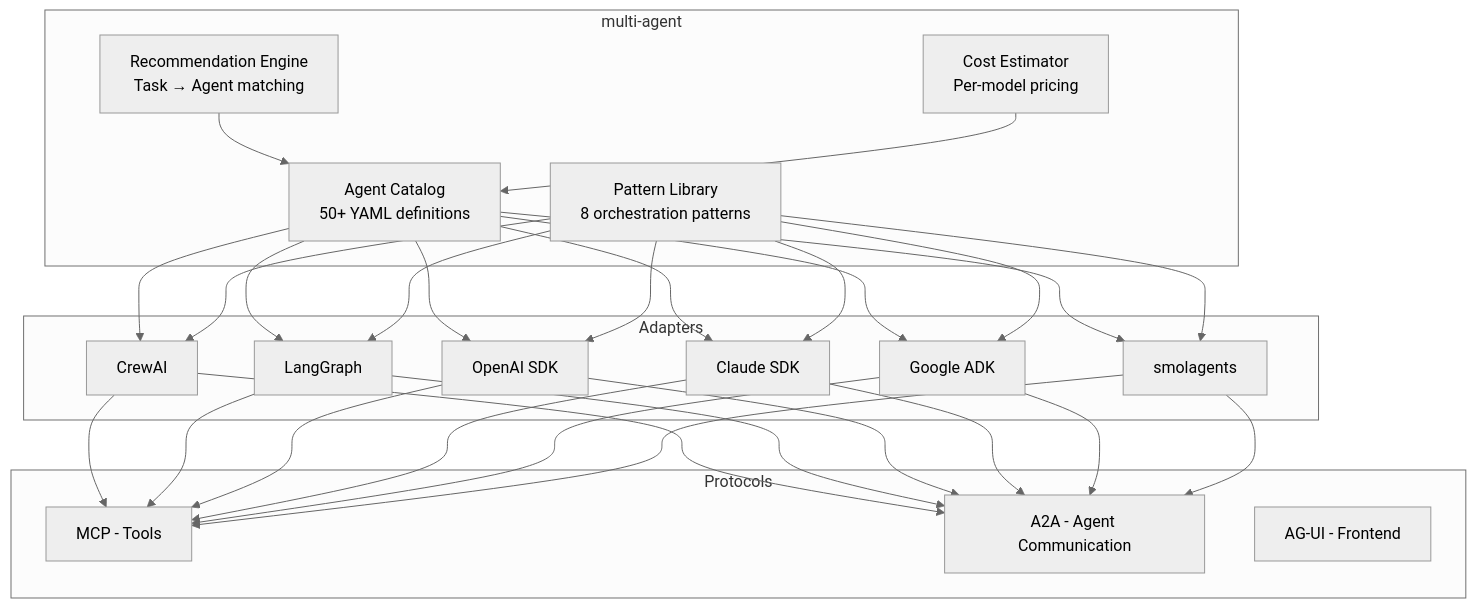
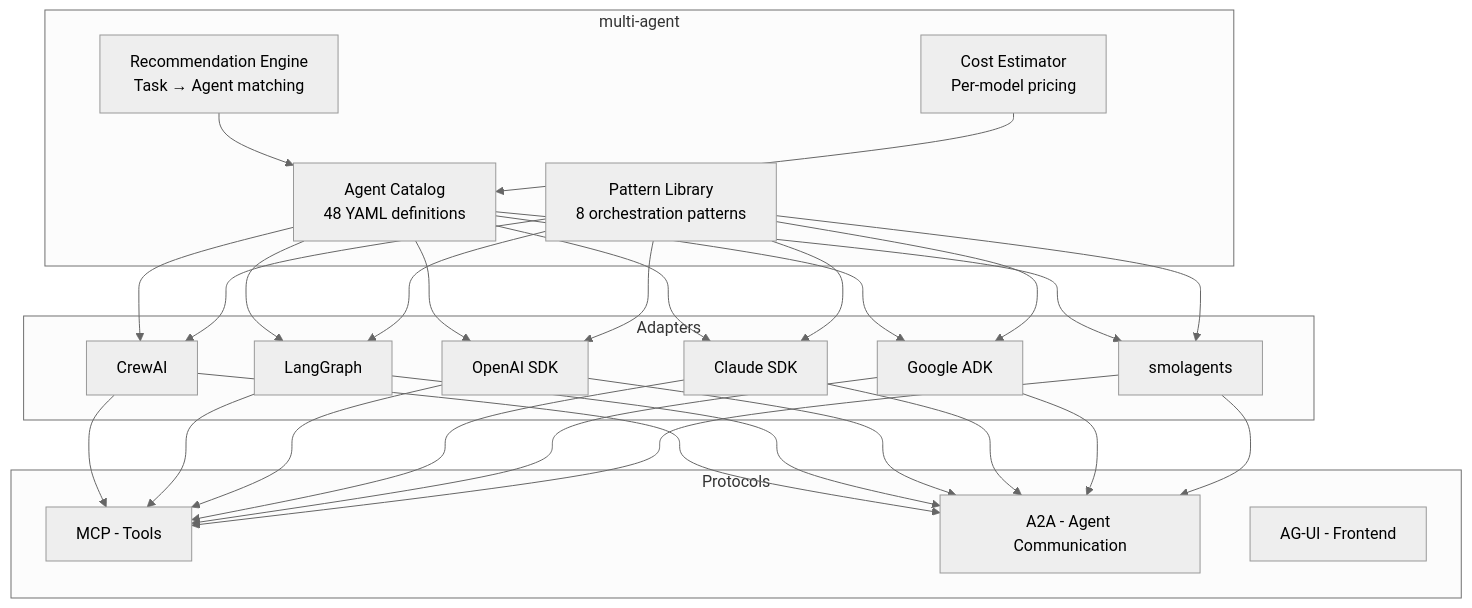
One commit to Hovborg/multi-agent changed the second of 2 diagrams in README.md. Above: the diagram before and after it, drawn with Mermaid (neutral theme). The commit also changed other lines of this file and 38 other files, not shown here.

````diff
--- a/README.md
+++ b/README.md
@@ -389,30 +448,30 @@
 ```mermaid
 graph TB
     subgraph "multi-agent"
-        CAT[Agent Catalog<br/>50+ YAML definitions]
+        CAT[Agent Catalog<br/>48 YAML definitions]
         PAT[Pattern Library<br/>8 orchestration patterns]
         REC[Recommendation Engine<br/>Task → Agent matching]
         COST[Cost Estimator<br/>Per-model pricing]
     end
 
     subgraph "Adapters"
         CR[CrewAI]
         LG[LangGraph]
         OA[OpenAI SDK]
         CL[Claude SDK]
         GA[Google ADK]
         SM[smolagents]
     end
 
     subgraph "Protocols"
         MCP[MCP - Tools]
         A2A[A2A - Agent Communication]
         AGUI[AG-UI - Frontend]
     end
 
     CAT --> CR & LG & OA & CL & GA & SM
     PAT --> CR & LG & OA & CL & GA & SM
     REC --> CAT
     COST --> CAT
     CR & LG & OA & CL & GA & SM --> MCP & A2A
 ```
````
